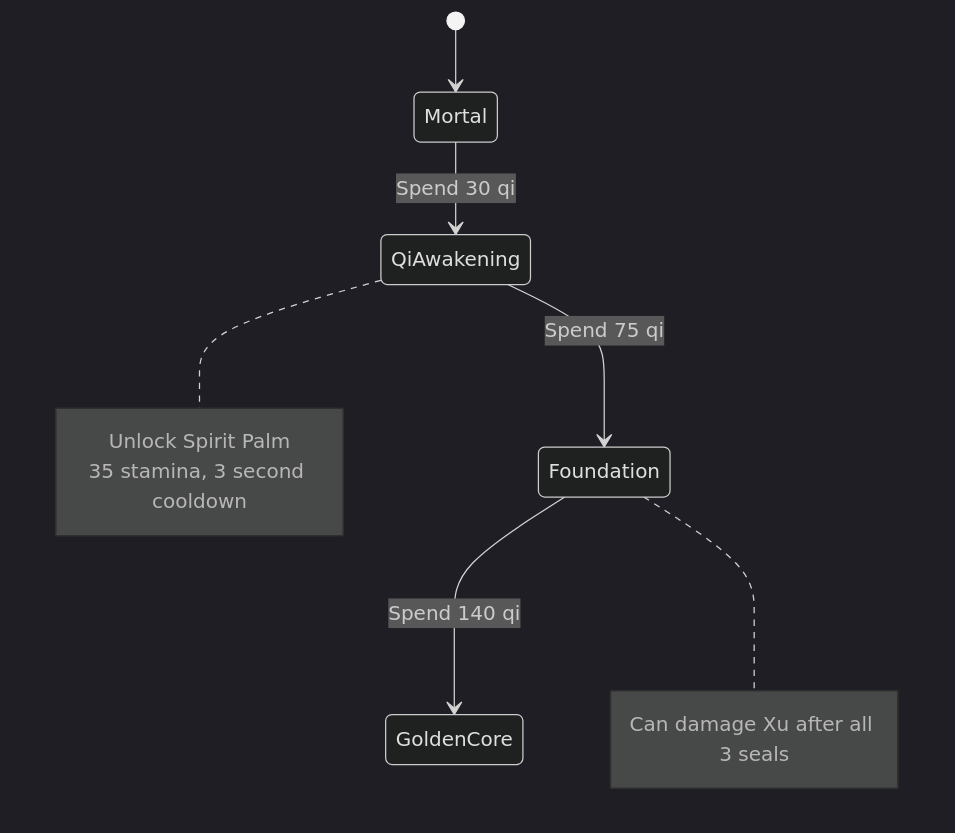
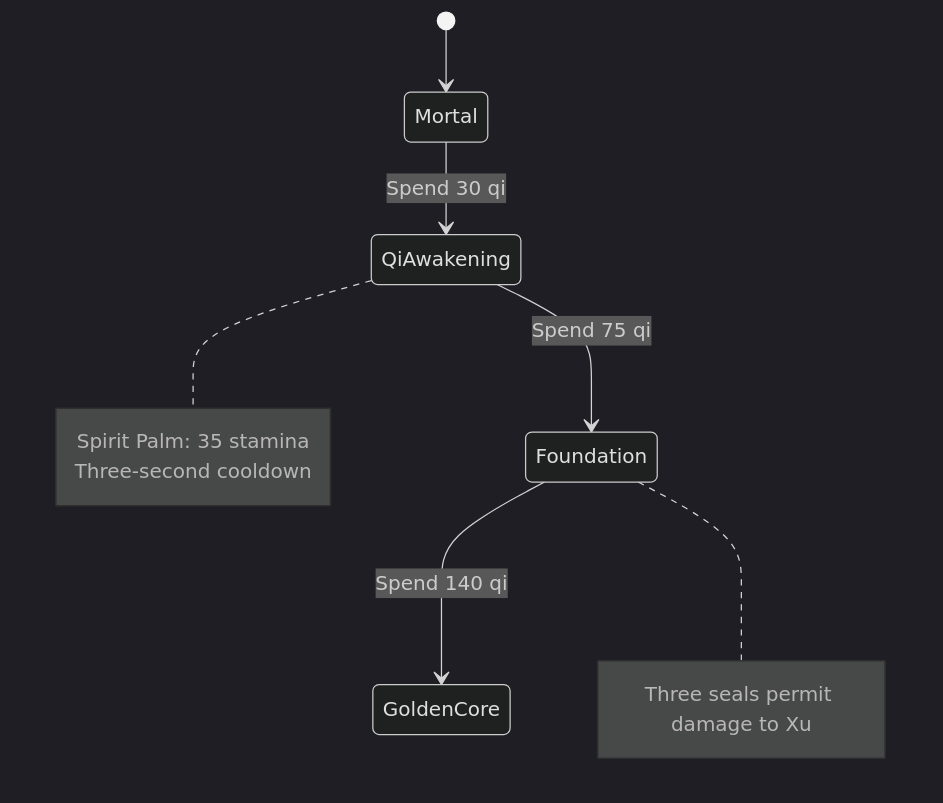
One commit to jgyy/2.5dxianxia changed the fourth of 5 diagrams in docs/DESIGN.md. Above: the diagram before and after it, drawn with Mermaid (dark theme). The commit also changed other lines of this file and 1402 other files, not shown here.

````diff
--- a/docs/DESIGN.md
+++ b/docs/DESIGN.md
@@ -52,14 +65,14 @@
 ```mermaid
 stateDiagram-v2
     [*] --> Mortal
     Mortal --> QiAwakening: Spend 30 qi
     QiAwakening --> Foundation: Spend 75 qi
     Foundation --> GoldenCore: Spend 140 qi
     note right of QiAwakening
-        Unlock Spirit Palm
-        35 stamina, 3 second cooldown
+        Spirit Palm: 35 stamina
+        Three-second cooldown
     end note
     note right of Foundation
-        Can damage Xu after all 3 seals
+        Three seals permit damage to Xu
     end note
 ```
````
